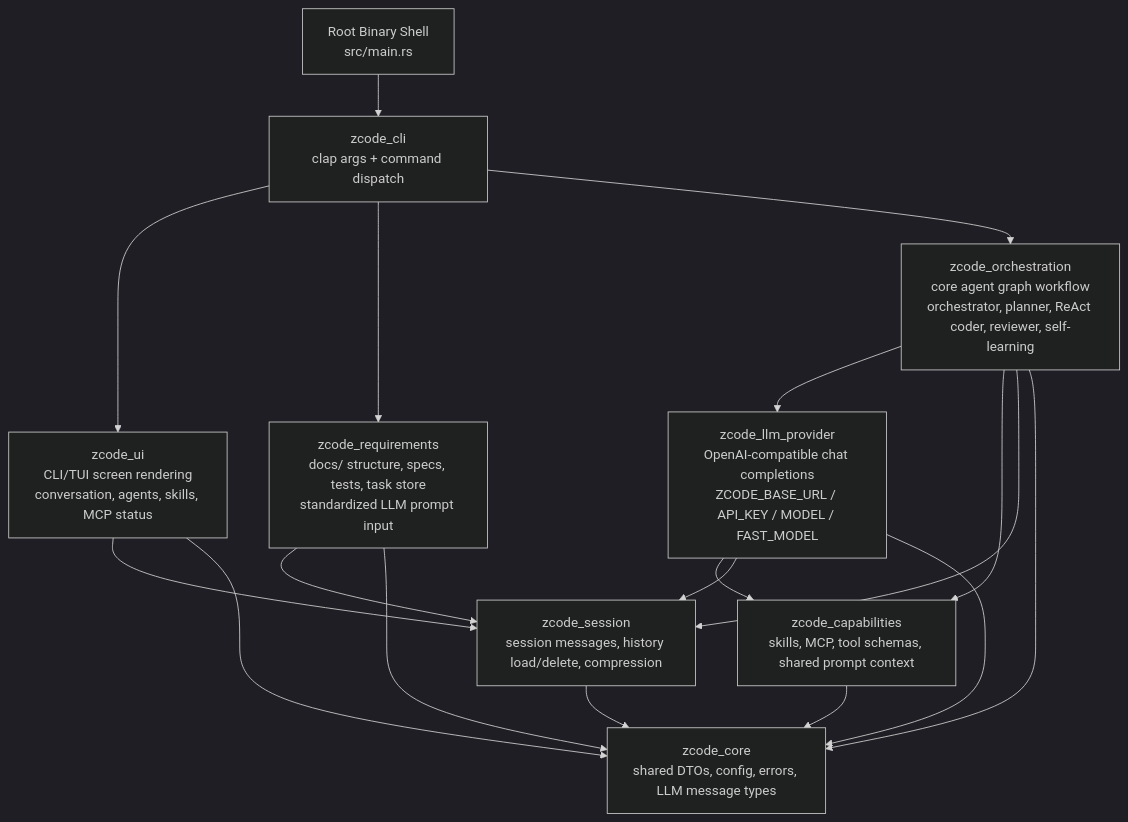
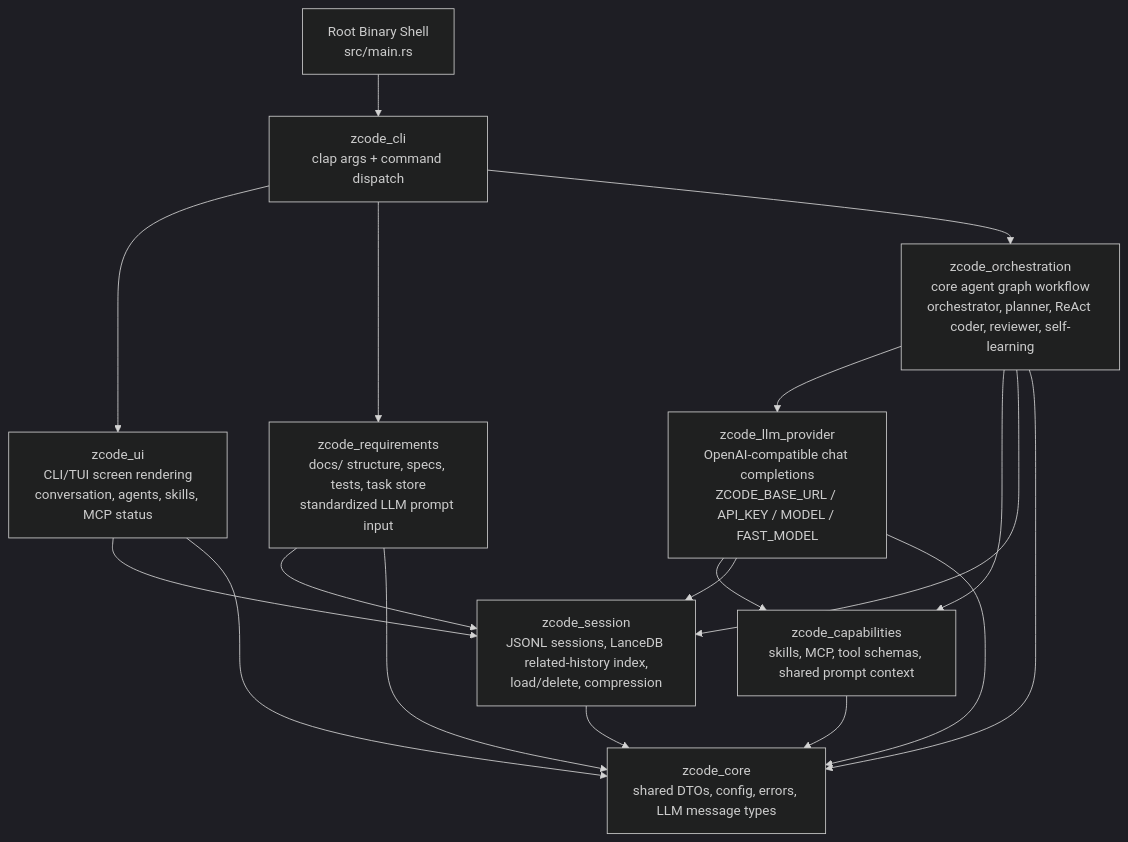
Before and after one commit to zayfen/zcode: the first of 4 diagrams in ARCHITECTURE.md, drawn with Mermaid (dark theme). The commit also changed other lines of this file and 64 other files, not shown here.

````diff
--- a/ARCHITECTURE.md
+++ b/ARCHITECTURE.md
@@ -9,32 +11,32 @@
 ```mermaid
 flowchart TD
     bin["Root Binary Shell<br/>src/main.rs"]
     cli["zcode_cli<br/>clap args + command dispatch"]
 
     ui["zcode_ui<br/>CLI/TUI screen rendering<br/>conversation, agents, skills, MCP status"]
     req["zcode_requirements<br/>docs/ structure, specs, tests, task store<br/>standardized LLM prompt input"]
     orch["zcode_orchestration<br/>core agent graph workflow<br/>orchestrator, planner, ReAct coder, reviewer, self-learning"]
     llm["zcode_llm_provider<br/>OpenAI-compatible chat completions<br/>ZCODE_BASE_URL / API_KEY / MODEL / FAST_MODEL"]
     cap["zcode_capabilities<br/>skills, MCP, tool schemas, shared prompt context"]
-    session["zcode_session<br/>session messages, history load/delete, compression"]
+    session["zcode_session<br/>JSONL sessions, LanceDB related-history index,<br/>load/delete, compression"]
     core["zcode_core<br/>shared DTOs, config, errors, LLM message types"]
 
     bin --> cli
     cli --> ui
     cli --> req
     cli --> orch
 
     ui --> session
     ui --> core
     req --> session
     req --> core
     orch --> llm
     orch --> cap
     orch --> session
     orch --> core
     llm --> cap
     llm --> session
     llm --> core
     cap --> core
     session --> core
 ```
````
